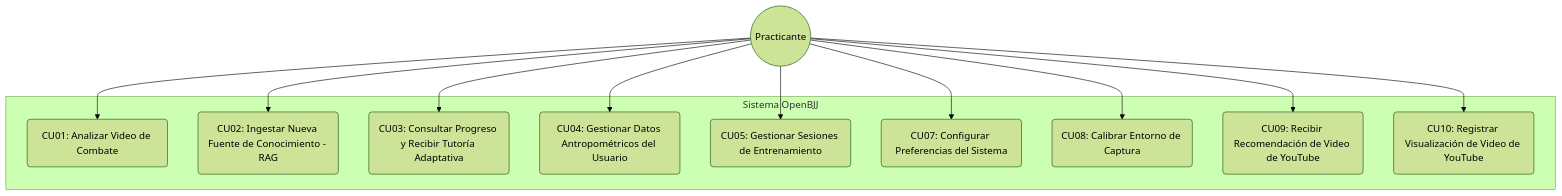
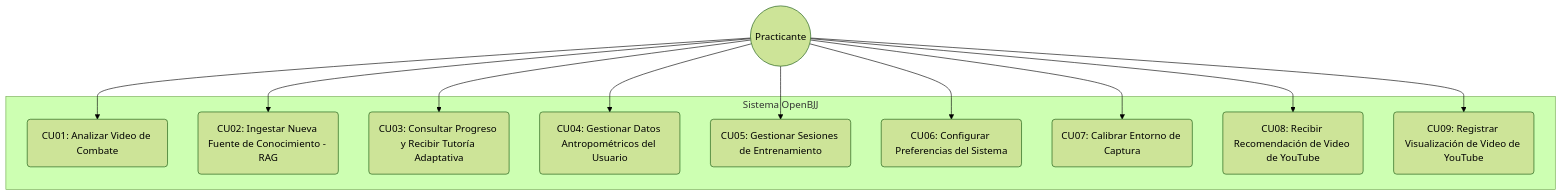
Before and after one commit to Tsmrain/Documentacion: the second of 14 diagrams in README.md, drawn with Mermaid (forest theme). The commit also changed other lines of this file, not shown here.

````diff
--- a/README.md
+++ b/README.md
@@ -643,26 +643,26 @@
 ```mermaid
 flowchart TD
     Practicante((Practicante))
     
     subgraph "Sistema OpenBJJ"
         CU01(CU01: Analizar Video de Combate)
         CU02(CU02: Ingestar Nueva Fuente de Conocimiento - RAG)
         CU03(CU03: Consultar Progreso y Recibir Tutoría Adaptativa)
         CU04(CU04: Gestionar Datos Antropométricos del Usuario)
         CU05(CU05: Gestionar Sesiones de Entrenamiento)
-        CU07(CU07: Configurar Preferencias del Sistema)
-        CU08(CU08: Calibrar Entorno de Captura)
-        CU09(CU09: Recibir Recomendación de Video de YouTube)
-        CU10(CU10: Registrar Visualización de Video de YouTube)
+        CU06(CU06: Configurar Preferencias del Sistema)
+        CU07(CU07: Calibrar Entorno de Captura)
+        CU08(CU08: Recibir Recomendación de Video de YouTube)
+        CU09(CU09: Registrar Visualización de Video de YouTube)
     end
     
     Practicante --> CU01
     Practicante --> CU02
     Practicante --> CU03
     Practicante --> CU04
     Practicante --> CU05
+    Practicante --> CU06
     Practicante --> CU07
     Practicante --> CU08
     Practicante --> CU09
-    Practicante --> CU10
 ```
````
